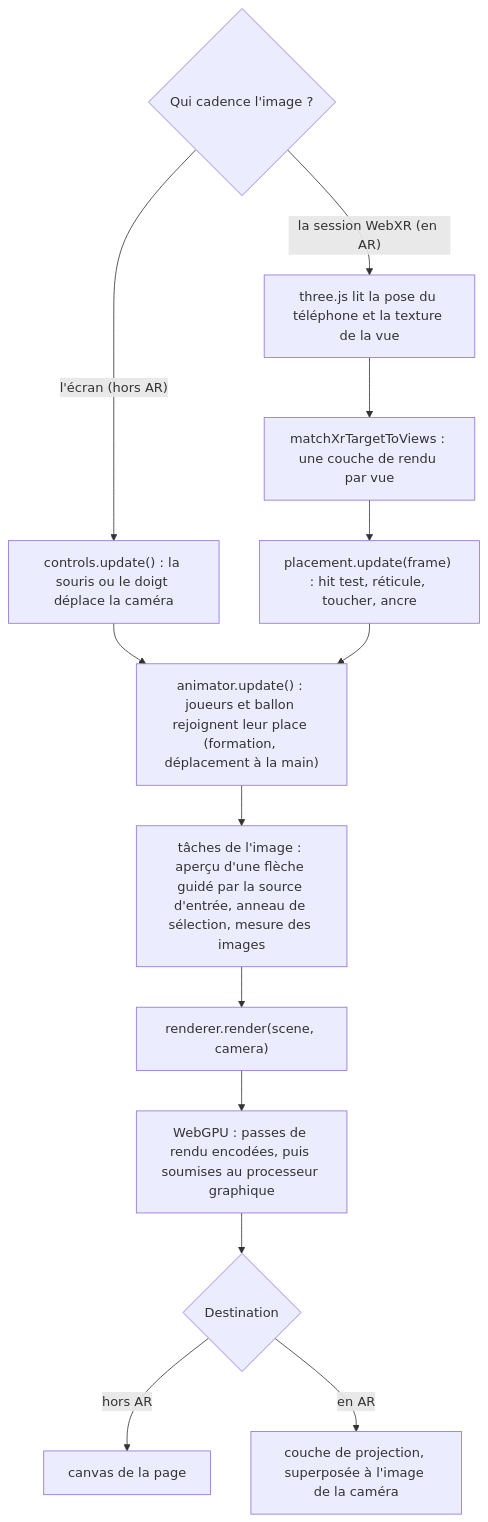
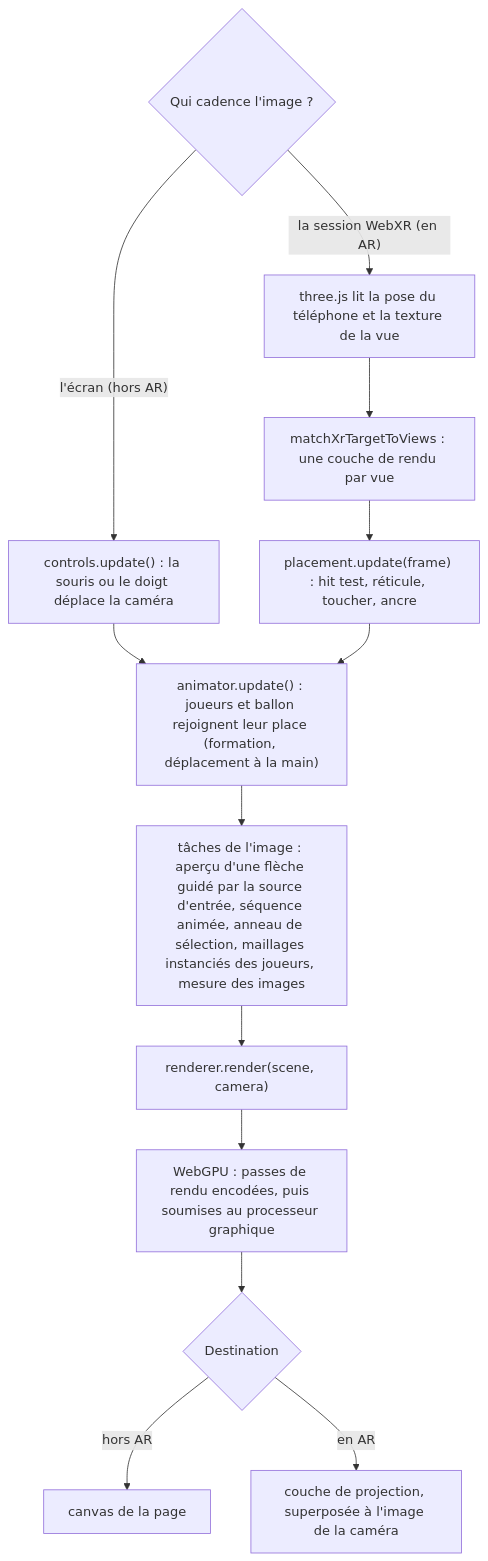
The diagram in README.md (bilelkhlif/footballsimulator), drawn with Mermaid before and after one commit. The commit also changed other lines of this file and 11 other files, not shown here.

First line of the commit message:
Documente le sprint 6 : recette, manuel utilisateur, UML et script de la vidéo

````diff
--- a/README.md
+++ b/README.md
@@ -106,15 +120,15 @@
 ```mermaid
 flowchart TD
   T{"Qui cadence l'image ?"} -- "l'écran (hors AR)" --> A["controls.update() : la souris ou le doigt déplace la caméra"]
   T -- "la session WebXR (en AR)" --> X["three.js lit la pose du téléphone et la texture de la vue"]
   X --> M["matchXrTargetToViews : une couche de rendu par vue"]
   M --> P["placement.update(frame) : hit test, réticule, toucher, ancre"]
   A --> AN["animator.update() : joueurs et ballon rejoignent leur place (formation, déplacement à la main)"]
   P --> AN
-  AN --> TK["tâches de l'image : aperçu d'une flèche guidé par la source d'entrée, anneau de sélection, mesure des images"]
+  AN --> TK["tâches de l'image : aperçu d'une flèche guidé par la source d'entrée, séquence animée, anneau de sélection, maillages instanciés des joueurs, mesure des images"]
   TK --> R["renderer.render(scene, camera)"]
   R --> G["WebGPU : passes de rendu encodées, puis soumises au processeur graphique"]
   G --> S{"Destination"}
   S -- "hors AR" --> C["canvas de la page"]
   S -- "en AR" --> L["couche de projection, superposée à l'image de la caméra"]
 ```
````
